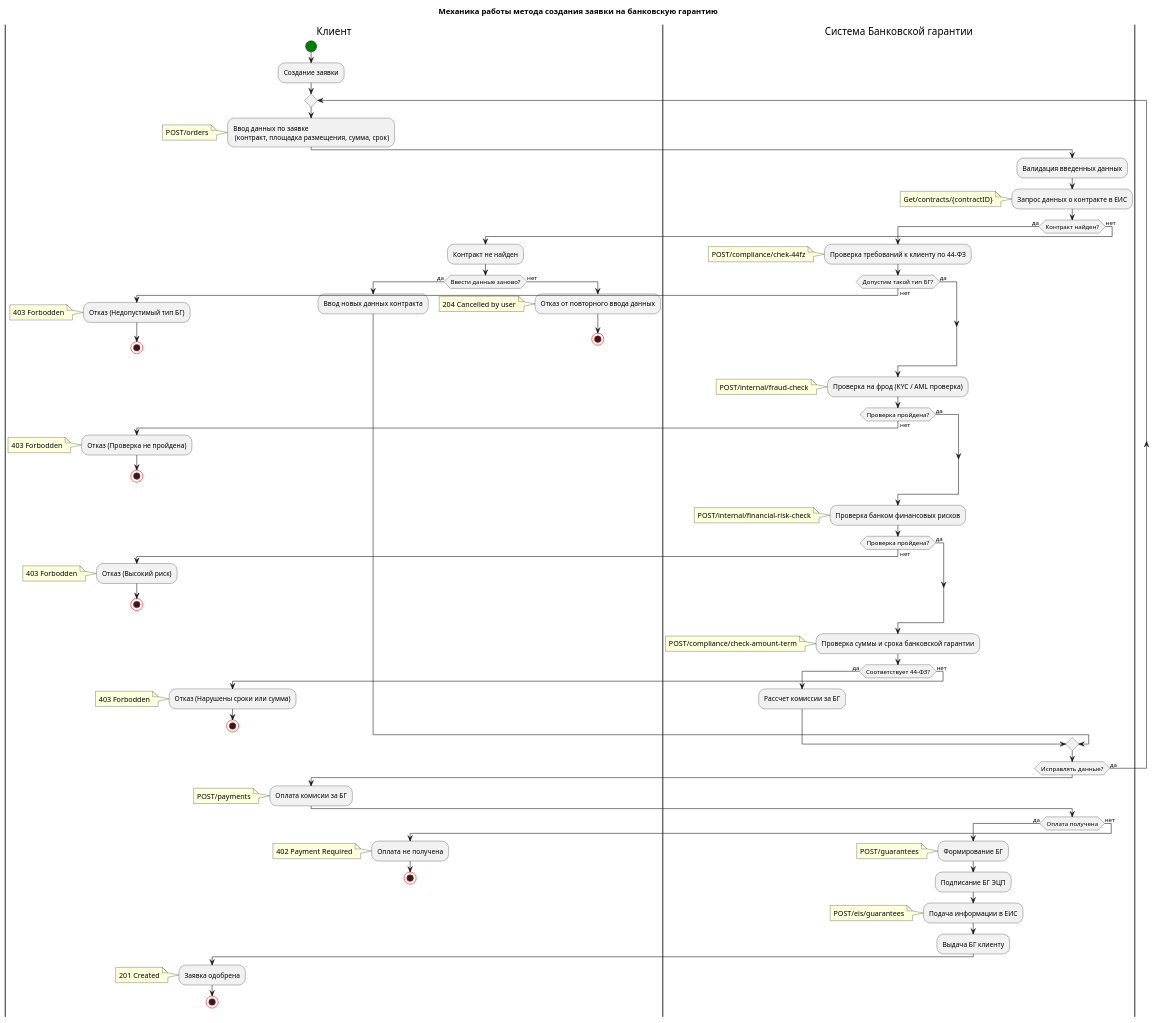
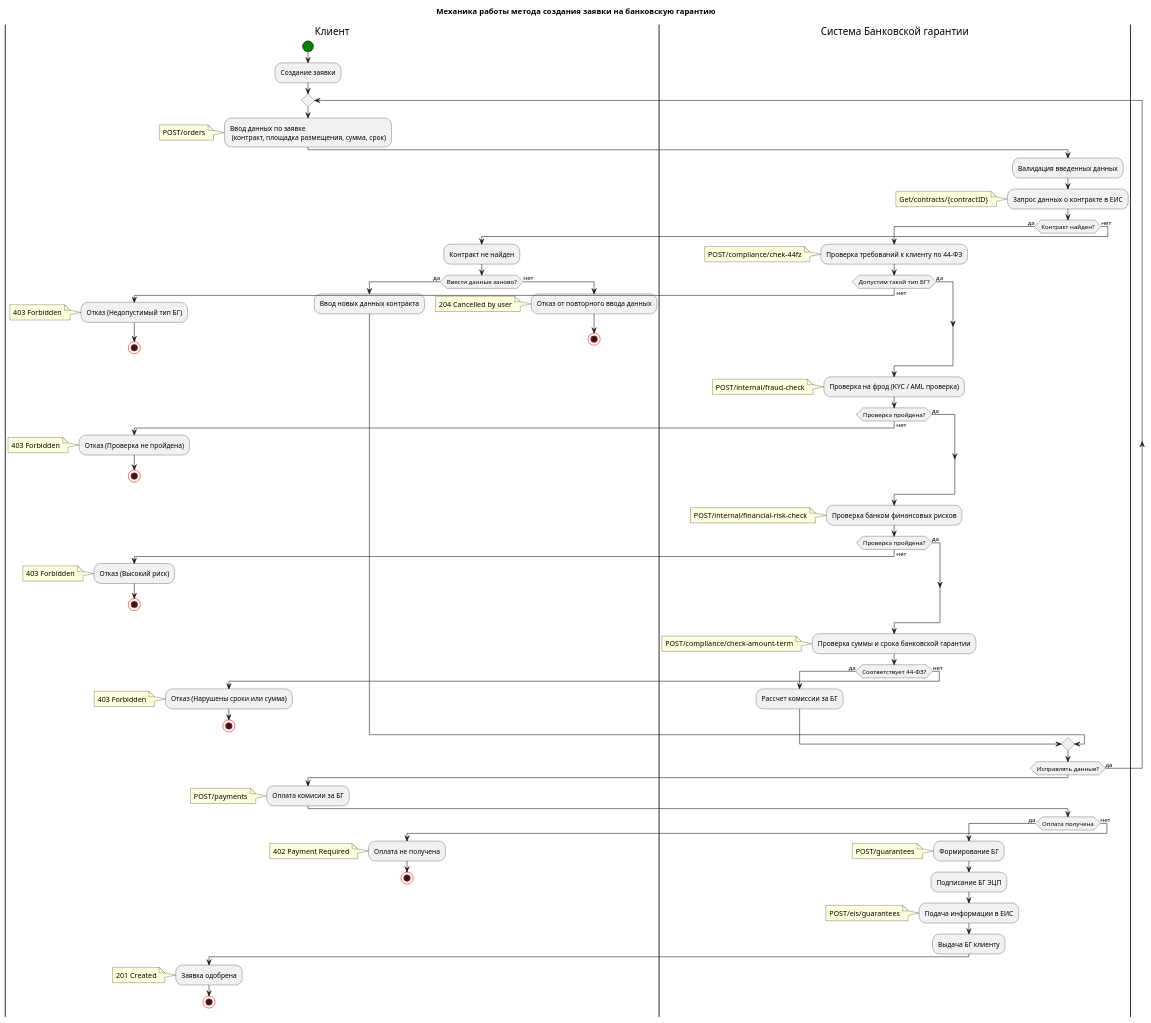
The diagram in DiagramTrue.puml (ElenaRomanenkoElena/SYSTEM_ANALITICS), drawn with PlantUML before and after one commit.

```diff
--- a/DiagramTrue.puml
+++ b/DiagramTrue.puml
@@ -1,159 +1,159 @@
 @startuml
 title Механика работы метода создания заявки на банковскую гарантию
 
 skinparam activity {
   startColor green
   endColor red
   stopColor red
 }
 
 |Клиент|
 start
 :Создание заявки;
 repeat 
 :Ввод данных по заявке \n (контракт, площадка размещения, сумма, срок);
 note 
 POST/orders
 end note
 
 |Система Банковской гарантии|
 :Валидация введенных данных;
 :Запрос данных о контракте в ЕИС;
 note
     Get/contracts/{contractID}
 end note
 if (Контракт найден?) then (да)
 
     :Проверка требований к клиенту по 44-ФЗ;
     note
     POST/compliance/chek-44fz
     end note
     if (Допустим такой тип БГ?) then (да)
     |Клиент|
     else (нет)
     :Отказ (Недопустимый тип БГ);
     note
-    403 Forbodden
+    403 Forbidden
     end note
     stop
     endif
     
     |Система Банковской гарантии|    
     :Проверка на фрод (KYC / AML проверка);
     note
     POST/internal/fraud-check
     end note
     if (Проверка пройдена?) then (да)
     |Клиент|
     else (нет)
     :Отказ (Проверка не пройдена);
     note
-    403 Forbodden
+    403 Forbidden
     end note
     stop
     endif
     
     |Система Банковской гарантии|        
     :Проверка банком финансовых рисков;
     note
     POST/internal/financial-risk-check
     end note
     if (Проверка пройдена?) then (да);
     
     |Клиент|
     else (нет)
     :Отказ (Высокий риск);
     note
-    403 Forbodden
+    403 Forbidden
     end note
     stop
     endif
              
     |Система Банковской гарантии|        
     :Проверка суммы и срока банковской гарантии;
     note
     POST/compliance/check-amount-term
     end note
     if (Соответствует 44-ФЗ?) then (да)
                 
                     :Рассчет комиссии за БГ;
     
     |Клиент|                
     else (нет)
     :Отказ (Нарушены сроки или сумма);
     note
-    403 Forbodden
+    403 Forbidden
     end note
     stop
     endif
             
                 
            
 else (нет)
 :Контракт не найден;
         |Клиент|
         if (Ввести данные заново?) then (да)
         
             :Ввод новых данных контракта;
         else (нет)
             :Отказ от повторного ввода данных;
             note
             204 Cancelled by user
             end note
             stop
         endif
 
 endif
 |Система Банковской гарантии|
 repeat while (Исправлять данные?) is (да)
 
 
 
 |Клиент|
 :Оплата комисии за БГ;
 note
 POST/payments
 end note
 
 |Система Банковской гарантии|
 if (Оплата получена) then (да)
     :Формирование БГ;
     note
     POST/guarantees
     end note
     :Подписание БГ ЭЦП;
     :Подача информации в ЕИС;
     note
     POST/eis/guarantees
     end note
     :Выдача БГ клиенту;
 |Клиент|
     :Заявка одобрена;
      note
     201 Created
     end note
     stop
 else (нет)
 :Оплата не получена;
 note
 402 Payment Required
 end note
 stop
 endif
 
 
 
 
 
         
     
             
                 
                 
             
 
 
 
 
 
 @enduml
```
